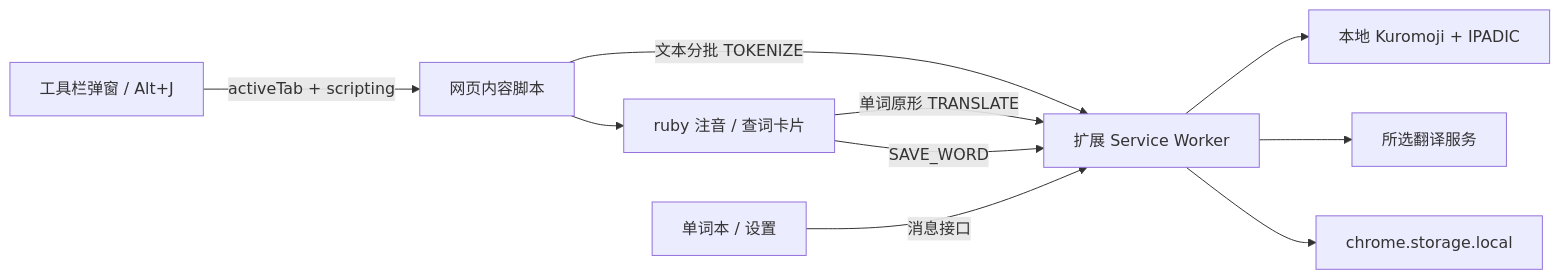
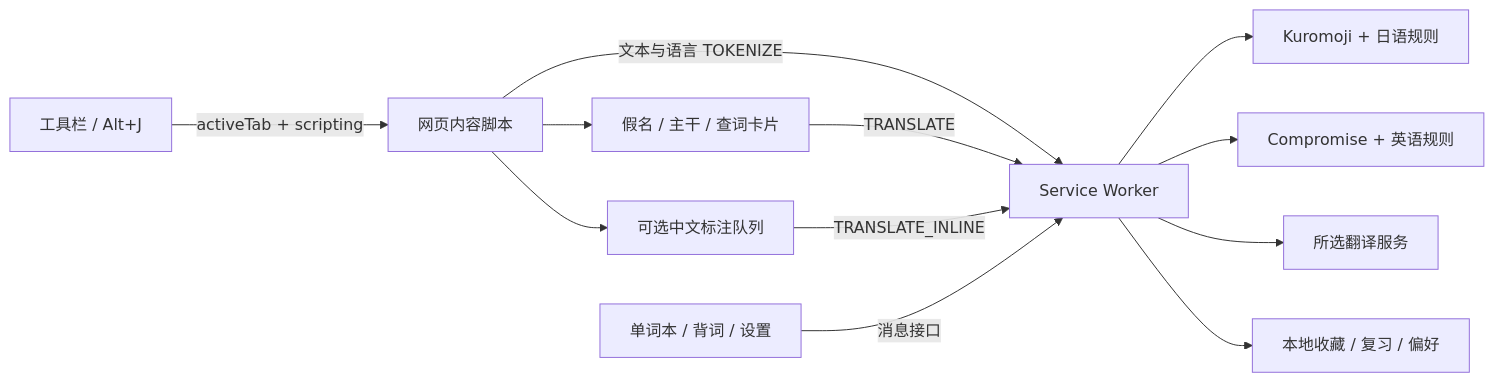
Before and after one commit to 1ATRI/yomihibi: the diagram in docs/ARCHITECTURE.md, drawn with Mermaid. The commit also changed other lines of this file and 43 other files, not shown here.

````diff
--- a/docs/ARCHITECTURE.md
+++ b/docs/ARCHITECTURE.md
@@ -7,12 +7,14 @@
 ```mermaid
 flowchart LR
-  P[工具栏弹窗 / Alt+J] -->|activeTab + scripting| C[网页内容脚本]
-  C -->|文本分批 TOKENIZE| B[扩展 Service Worker]
-  B --> D[本地 Kuromoji + IPADIC]
-  C --> R[ruby 注音 / 查词卡片]
-  R -->|单词原形 TRANSLATE| B
+  P[工具栏 / Alt+J] -->|activeTab + scripting| C[网页内容脚本]
+  C -->|文本与语言 TOKENIZE| B[Service Worker]
+  B --> J[Kuromoji + 日语规则]
+  B --> E[Compromise + 英语规则]
+  C --> R[假名 / 主干 / 查词卡片]
+  C --> I[可选中文标注队列]
+  R -->|TRANSLATE| B
+  I -->|TRANSLATE_INLINE| B
   B --> T[所选翻译服务]
-  R -->|SAVE_WORD| B
-  B --> S[chrome.storage.local]
-  V[单词本 / 设置] -->|消息接口| B
+  V[单词本 / 背词 / 设置] -->|消息接口| B
+  B --> S[本地收藏 / 复习 / 偏好]
 ```
````
